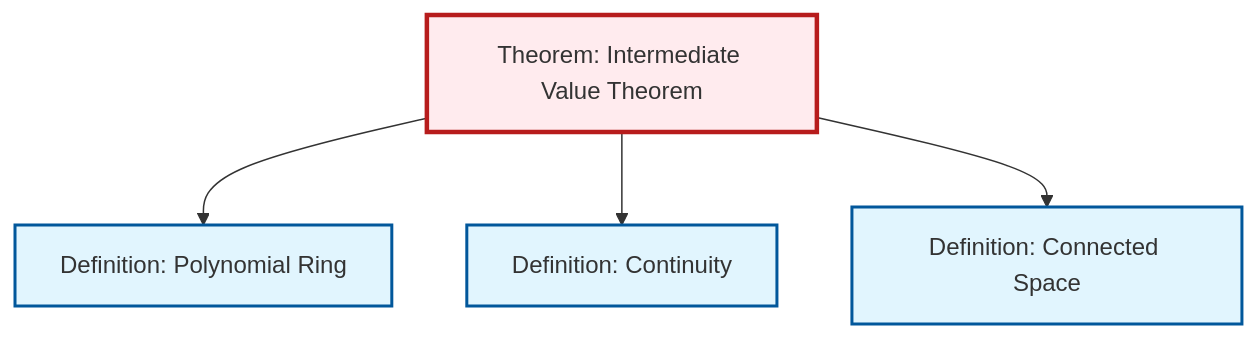
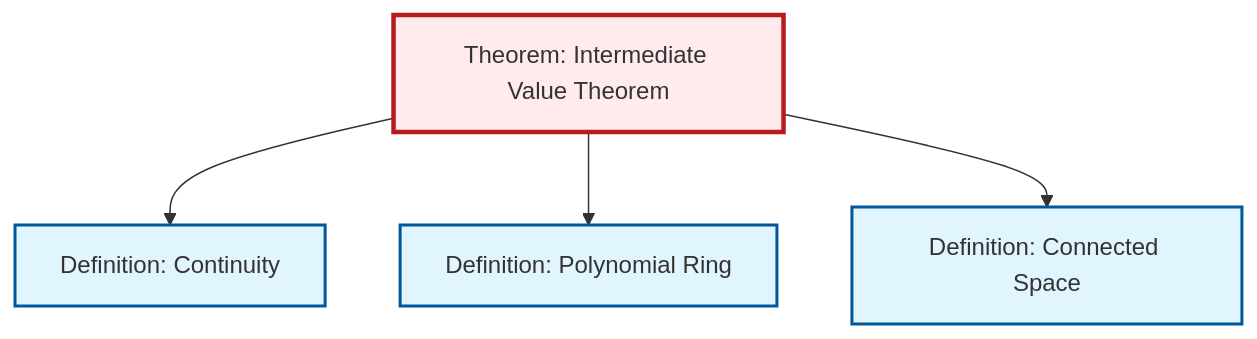
Before and after one commit to RK0429/ModernMath: the diagram in content/ja/topology/thm-intermediate-value.qmd, drawn with Mermaid. The commit also changed other lines of this file and 497 other files, not shown here.

````diff
--- a/content/ja/topology/thm-intermediate-value.qmd
+++ b/content/ja/topology/thm-intermediate-value.qmd
@@ -52,20 +52,20 @@
 ```{mermaid}
 %%| fig-cap: "Local dependency graph"
 graph TD
     classDef definition fill:#e1f5fe,stroke:#01579b,stroke-width:2px
     classDef theorem fill:#f3e5f5,stroke:#4a148c,stroke-width:2px
     classDef axiom fill:#fff3e0,stroke:#e65100,stroke-width:2px
     classDef example fill:#e8f5e9,stroke:#1b5e20,stroke-width:2px
     classDef current fill:#ffebee,stroke:#b71c1c,stroke-width:3px
     thm-intermediate-value["Theorem: Intermediate Value Theorem"]:::theorem
     def-continuity["Definition: Continuity"]:::definition
+    def-polynomial-ring["Definition: Polynomial Ring"]:::definition
     def-connected["Definition: Connected Space"]:::definition
-    def-polynomial-ring["Definition: Polynomial Ring"]:::definition
+    thm-intermediate-value --> def-continuity
     thm-intermediate-value --> def-polynomial-ring
-    thm-intermediate-value --> def-continuity
     thm-intermediate-value --> def-connected
     class thm-intermediate-value current
     click def-continuity "def-continuity.html" "Definition: Continuityへ"
+    click def-polynomial-ring "def-polynomial-ring.html" "Definition: Polynomial Ringへ"
     click def-connected "def-connected.html" "Definition: Connected Spaceへ"
-    click def-polynomial-ring "def-polynomial-ring.html" "Definition: Polynomial Ringへ"
 ```
````
